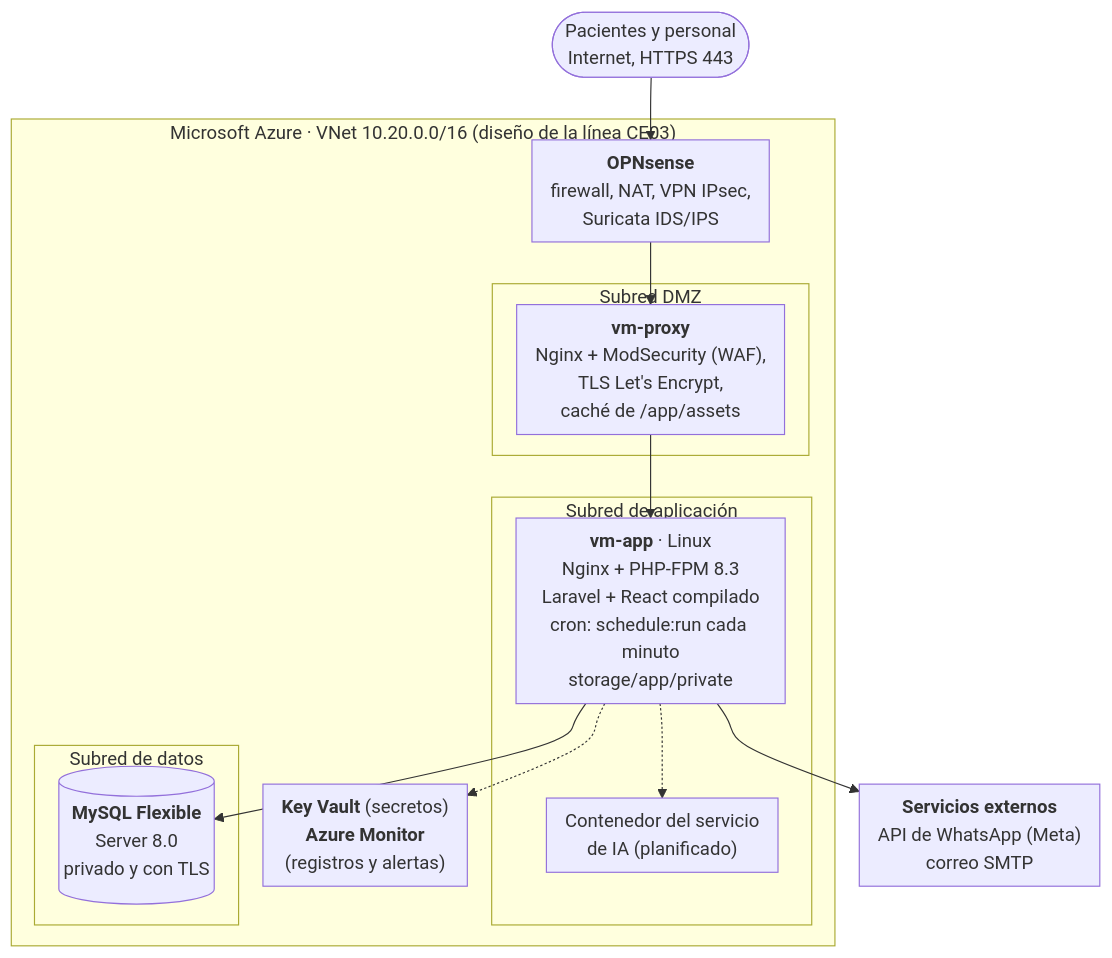
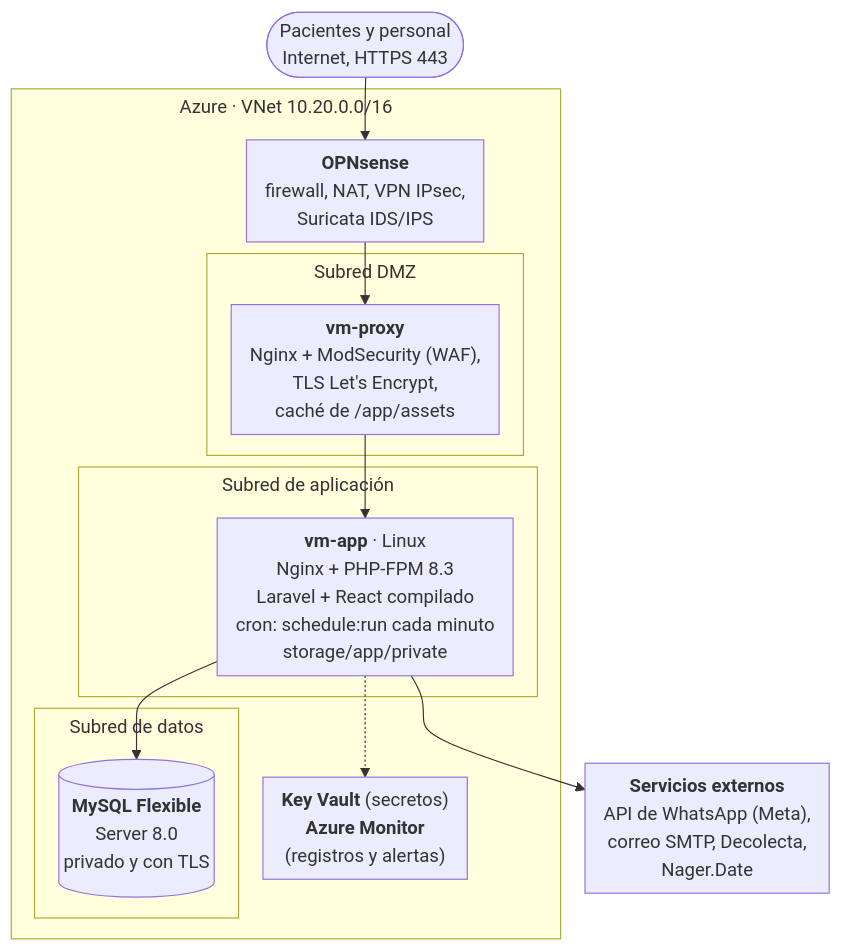
The diagram in docs/entregables/E1-requerimientos-y-diseno/diagramas/despliegue-azure.mmd (francalizaya266-sudo/venga-implantes), drawn with Mermaid before and after one commit. The commit also changed 19 other files, not shown here.

First line of the commit message:
docs(E1): sacar la app móvil y la IA del alcance y sumar lo que entró después

```diff
--- a/docs/entregables/E1-requerimientos-y-diseno/diagramas/despliegue-azure.mmd
+++ b/docs/entregables/E1-requerimientos-y-diseno/diagramas/despliegue-azure.mmd
@@ -1,23 +1,21 @@
-%%{init: {"flowchart": {"nodeSpacing": 22, "rankSpacing": 36, "padding": 8}}}%%
+%%{init: {"flowchart": {"nodeSpacing": 22, "rankSpacing": 36, "padding": 8, "subGraphTitleMargin": {"top": 4, "bottom": 22}, "wrappingWidth": 400}}}%%
 flowchart TB
   usr(["Pacientes y personal<br/>Internet, HTTPS 443"])
-  subgraph az["Microsoft Azure · VNet 10.20.0.0/16 (diseño de la línea CE03)"]
+  subgraph az["Azure · VNet 10.20.0.0/16"]
     fw["<b>OPNsense</b><br/>firewall, NAT, VPN IPsec,<br/>Suricata IDS/IPS"]
     subgraph dmz["Subred DMZ"]
       px["<b>vm-proxy</b><br/>Nginx + ModSecurity (WAF),<br/>TLS Let's Encrypt,<br/>caché de /app/assets"]
     end
     subgraph snapp["Subred de aplicación"]
       va["<b>vm-app</b> · Linux<br/>Nginx + PHP-FPM 8.3<br/>Laravel + React compilado<br/>cron: schedule:run cada minuto<br/>storage/app/private"]
-      iac["Contenedor del servicio<br/>de IA (planificado)"]
     end
     subgraph snd["Subred de datos"]
       my[("<b>MySQL Flexible</b><br/>Server 8.0<br/>privado y con TLS")]
     end
     ops["<b>Key Vault</b> (secretos)<br/><b>Azure Monitor</b><br/>(registros y alertas)"]
   end
-  ext["<b>Servicios externos</b><br/>API de WhatsApp (Meta)<br/>correo SMTP"]
+  ext["<b>Servicios externos</b><br/>API de WhatsApp (Meta),<br/>correo SMTP, Decolecta,<br/>Nager.Date"]
   usr --> fw --> px --> va
   va --> my
-  va -.-> iac
   va -.-> ops
   va --> ext
```
